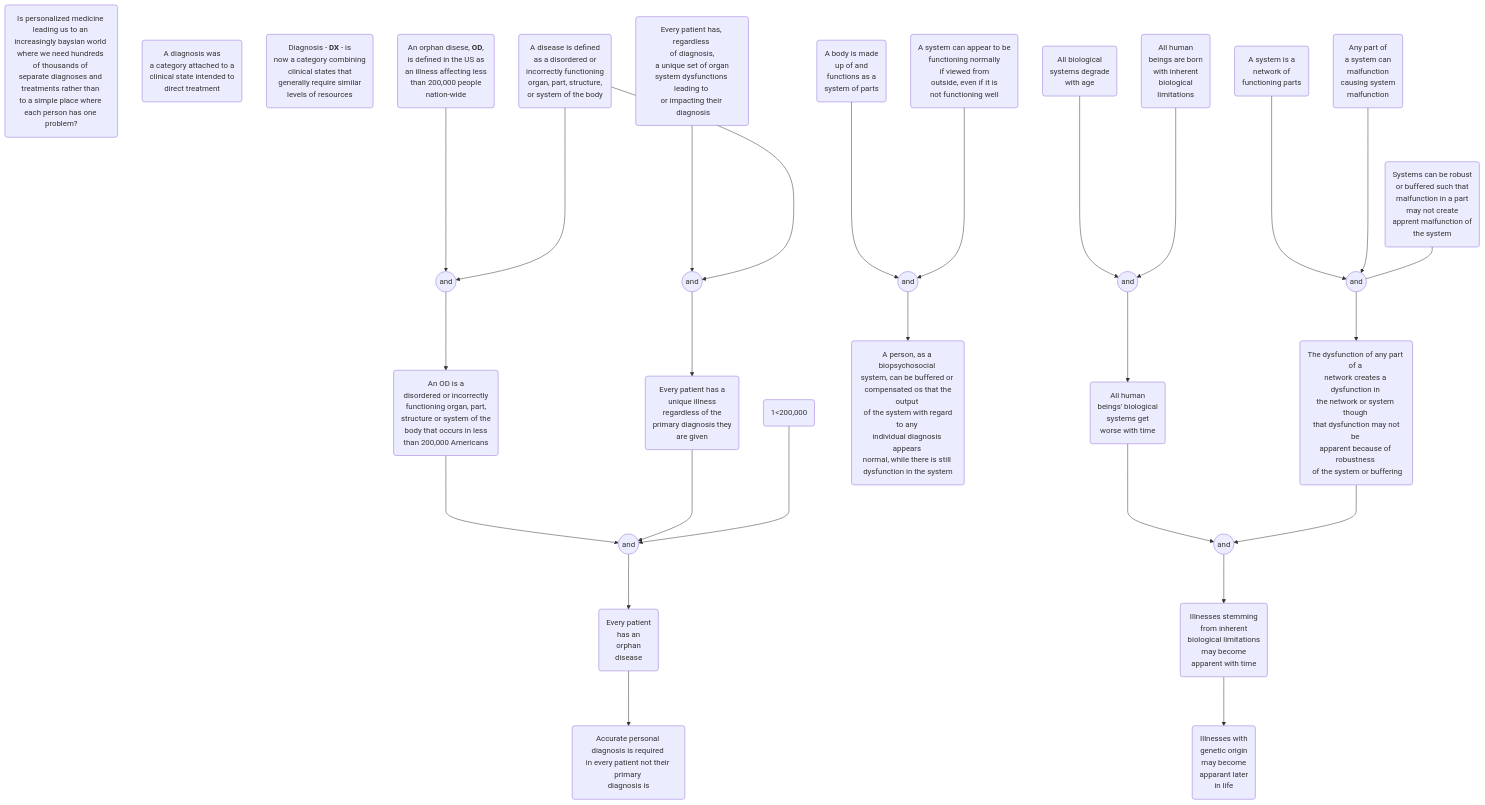
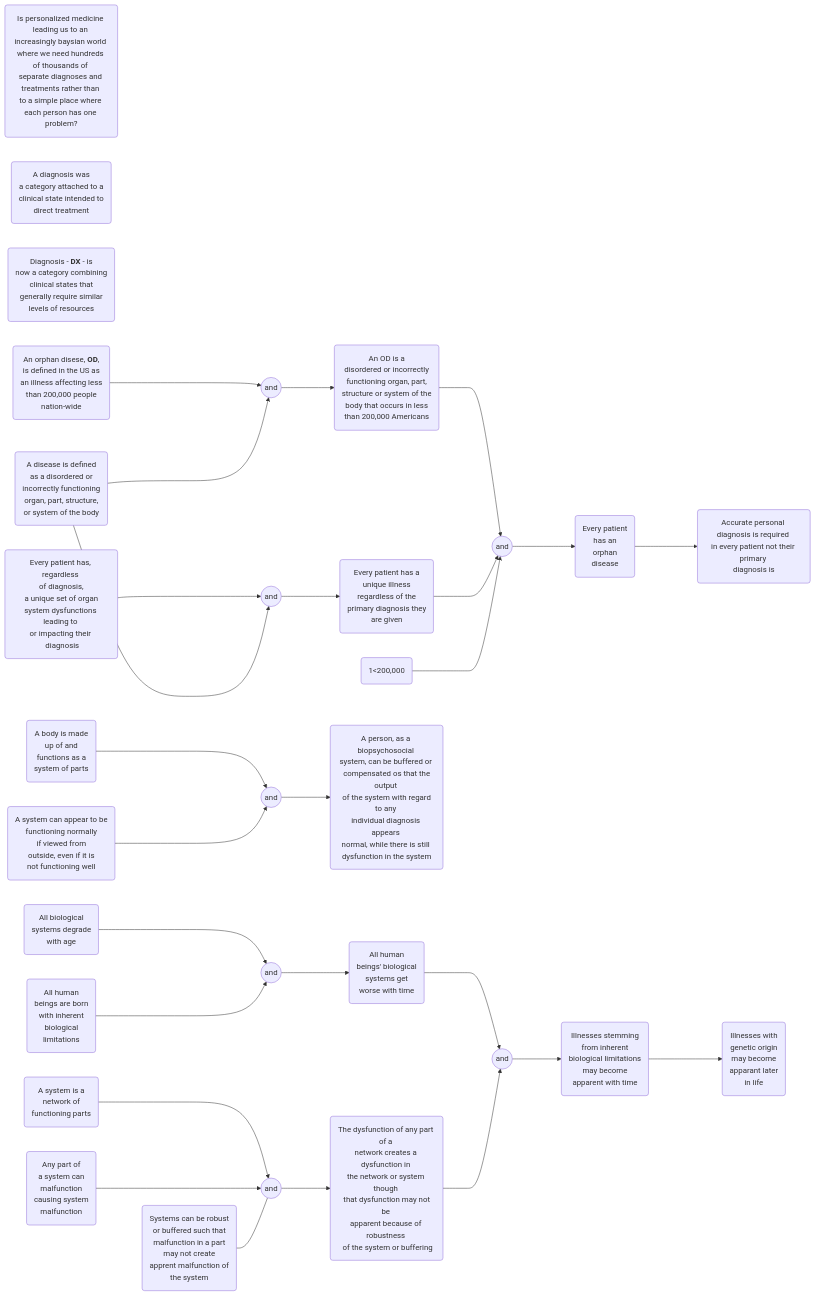
Before and after one commit to hwetsman/TOC_Trees: the diagram in Orphan_Diseases.md, drawn with Mermaid.

Commit message:
Refactor: change to LR

````diff
--- a/Orphan_Diseases.md
+++ b/Orphan_Diseases.md
@@ -3,67 +3,67 @@
 ```mermaid
-flowchart TD
+flowchart LR
 proposition(Is personalized medicine <br>leading us to an <br>increasingly baysian world <br>where we need hundreds <br>of thousands of <br>separate diagnoses and <br>treatments rather than <br>to a simple place where <br>each person has one problem?)
 
 old_diagnosis(A diagnosis was <br>a category attached to a <br> clinical state intended to <br>direct treatment)
 new_diagnosis(Diagnosis - <b>DX</b> - is <br>now a category combining <br>clinical states that <br>generally require similar <br>levels of resources)
 
 orphan(An orphan disese, <b>OD</b>, <br>is defined in the US as <br>an illness affecting less <br>than 200,000 people <br> nation-wide)
 disease(A disease is defined <br>as a disordered or <br>incorrectly functioning <br>organ, part, structure, <br>or system of the body)
 and1((and))
     orphan--->and1
     disease--->and1
 every_pt(Every patient has, regardless <br> of diagnosis, <br> a unique set of organ <br>system dysfunctions leading to <br>or impacting their <br> diagnosis)
     and2((and))
         every_pt--->and2
         disease--->and2
 OD_def(An OD is a <br>disordered or incorrectly <br> functioning organ, part, <br>structure or system of the <br>body that occurs in less <br>than 200,000 Americans)
     and1--->OD_def
 every_pt2(Every patient has a <br>unique illness <br>regardless of the <br> primary diagnosis they <br>are given)
     and2--->every_pt2
 logic(1<200,000)
 and3((and))
     OD_def--->and3
     every_pt2--->and3
     logic--->and3
 every_pt3(Every patient <br>has an <br>orphan <br>disease)
     and3--->every_pt3
 accurate(Accurate personal <br>diagnosis is required <br>in every patient not <brmatter how common <br>their primary <br>diagnosis is)
     every_pt3--->accurate
 
 body(A body is made <br>up of and <br>functions as a <br>system of parts)
 systems(A system can appear to be <br>functioning normally <br>if viewed from <br> outside, even if it is <br>not functioning well)
 and4((and))
     body--->and4
     systems--->and4
 persons(A person, as a biopsychosocial <br>system, can be buffered or <br> compensated os that the output <br> of the system with regard to any <br>individual diagnosis appears <br>normal, while there is still <br>dysfunction in the system)
     and4--->persons
 
 system(A system is a <br>network of <br>functioning parts)
 any_system(Any part of <br>a system can <br>malfunction <br> causing system <br>malfunction)
 buffered(Systems can be robust <br>or buffered such that <br>malfunction in a part <br>may not create <br>apprent malfunction of <br>the system)
 and5((and))
     system--->and5
     any_system--->and5
     buffered---and5
         dysfunction(The dysfunction of any part of a <br>network creates a dysfunction in <br>the network or system though <br> that dysfunction may not be <br>apparent because of robustness <br> of the system or buffering)
         and5--->dysfunction
 
 age(All biological <br>systems degrade <br>with age)
 limits(All human <br>beings are born <br>with inherent <br>biological <br>limitations)
 and6((and))
     age--->and6
     limits--->and6
 time(All human <br>beings' biological <br>systems get <br>worse with time)
     and6--->time
         and7((and))
         time--->and7
         dysfunction--->and7
             tardive(Illnesses stemming <br>from inherent <br>biological limitations <br>may become <br>apparent with time)
                 and7--->tardive
                 genetic(Illnesses with <br>genetic origin <br>may become <br>apparant later <br>in life)
                     tardive--->genetic
 
     
 
 
 ```
````
